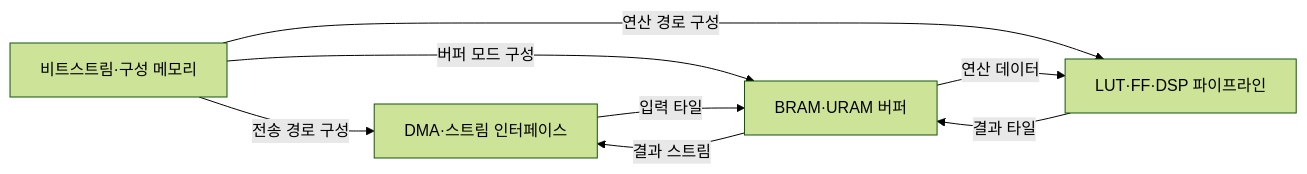
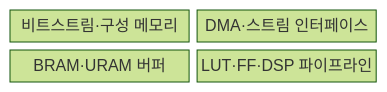
Before and after one commit to agnusdei1207/knowledge-base: the first of 2 diagrams in src/content/docs/notes/02-hardware/039_fpga_ai_acceleration.md, drawn with Mermaid (forest theme). The commit also changed other lines of this file and 20 other files, not shown here.

````diff
--- a/src/content/docs/notes/02-hardware/039_fpga_ai_acceleration.md
+++ b/src/content/docs/notes/02-hardware/039_fpga_ai_acceleration.md
@@ -75,14 +73,8 @@
 ```mermaid
-flowchart LR
-    CFG[비트스트림·구성 메모리]
-    DMA[DMA·스트림 인터페이스]
-    BUF[BRAM·URAM 버퍼]
-    PE[LUT·FF·DSP 파이프라인]
-    CFG -->|전송 경로 구성| DMA
-    CFG -->|버퍼 모드 구성| BUF
-    CFG -->|연산 경로 구성| PE
-    DMA -->|입력 타일| BUF
-    BUF -->|연산 데이터| PE
-    PE -->|결과 타일| BUF
-    BUF -->|결과 스트림| DMA
+block
+    columns 2
+    CFG["비트스트림·구성 메모리"]
+    DMA["DMA·스트림 인터페이스"]
+    BUF["BRAM·URAM 버퍼"]
+    PE["LUT·FF·DSP 파이프라인"]
 ```
````
